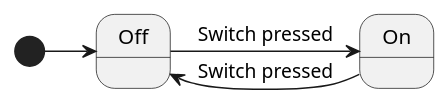
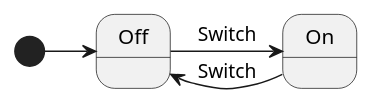
Before and after one commit to emmby/statesmith-simplified: the diagram in docs/integrations/lightbulb.puml, drawn with PlantUML.

```diff
--- a/docs/integrations/lightbulb.puml
+++ b/docs/integrations/lightbulb.puml
@@ -1,5 +1,5 @@
-@startuml
+@startuml TODO
 [*] -> Off
-Off -> On : Switch pressed
-On -> Off : Switch pressed
+Off -> On : Switch
+On -> Off : Switch
 @enduml
```
